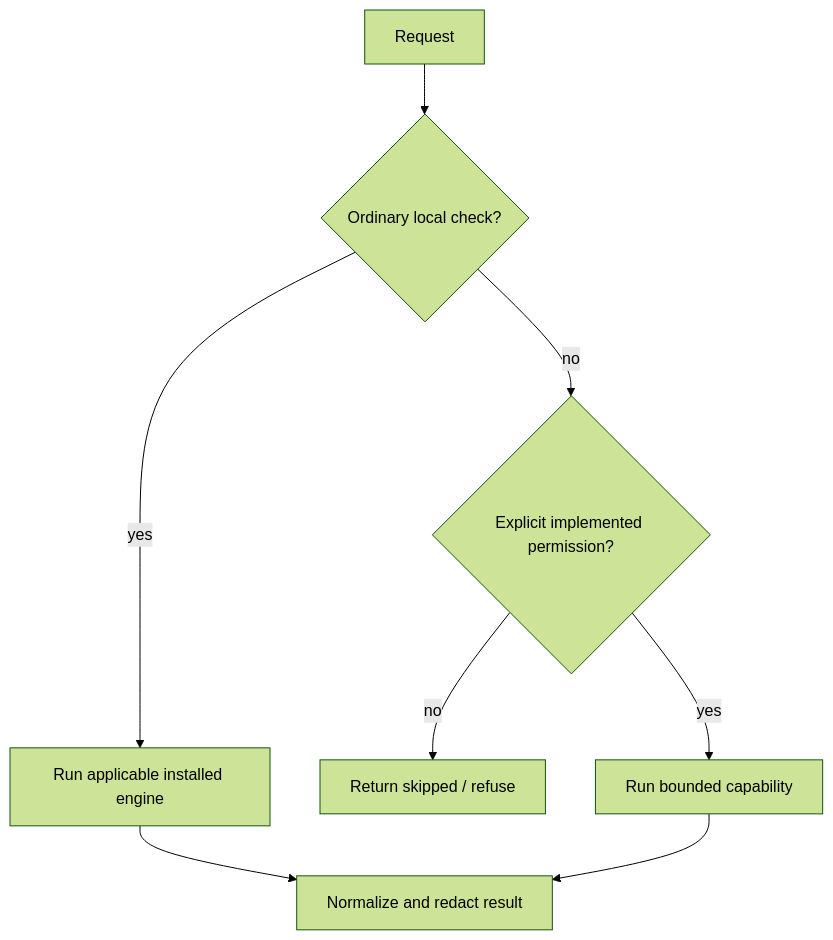
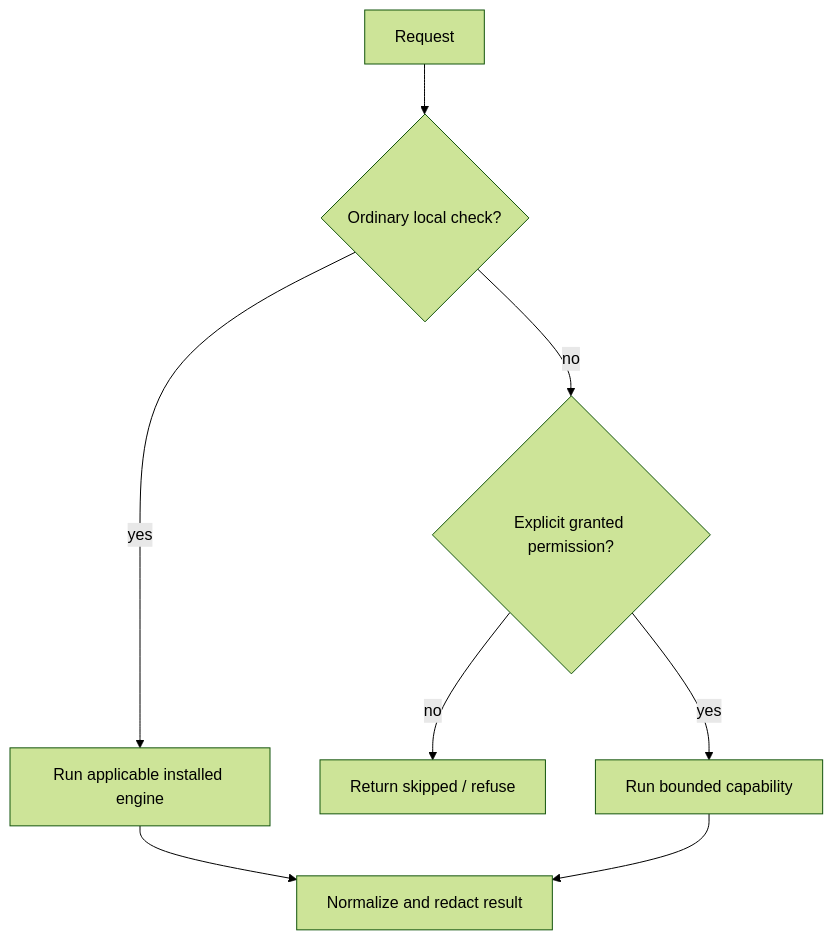
One commit to jamesdsizemore/rush-cli changed the diagram in docs/SAFETY.md. Above: the diagram before and after it, drawn with Mermaid (forest theme). The commit also changed other lines of this file and 320 other files, not shown here.

````diff
--- a/docs/SAFETY.md
+++ b/docs/SAFETY.md
@@ -14,10 +14,10 @@
 ```mermaid
 flowchart TD
   A[Request] --> B{Ordinary local check?}
   B -- yes --> C[Run applicable installed engine]
-  B -- no --> D{Explicit implemented permission?}
+  B -- no --> D{Explicit granted permission?}
   D -- no --> E[Return skipped / refuse]
   D -- yes --> F[Run bounded capability]
   C --> G[Normalize and redact result]
   F --> G
 ```
````
